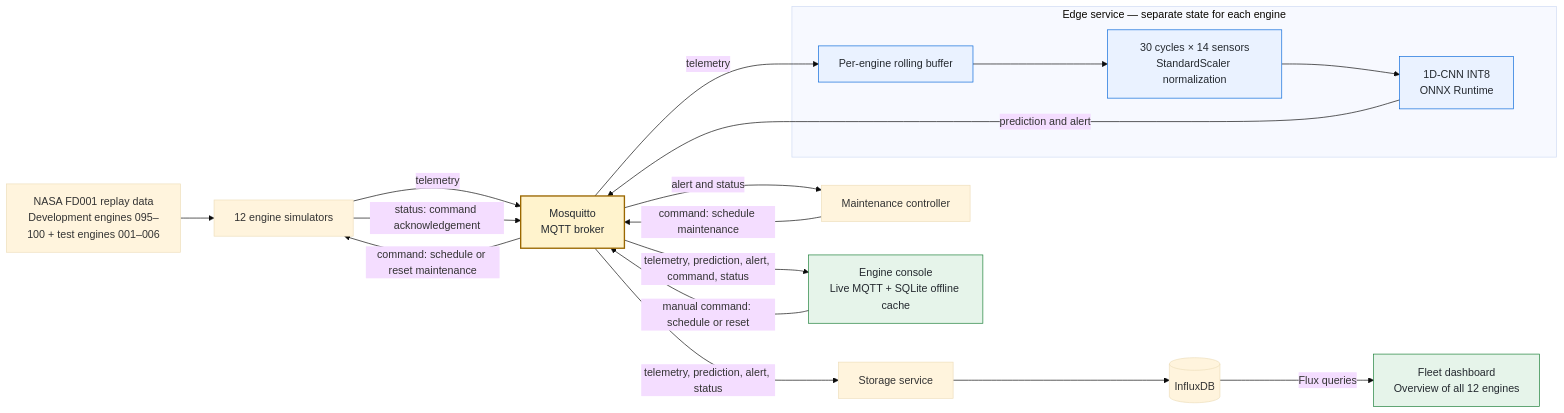
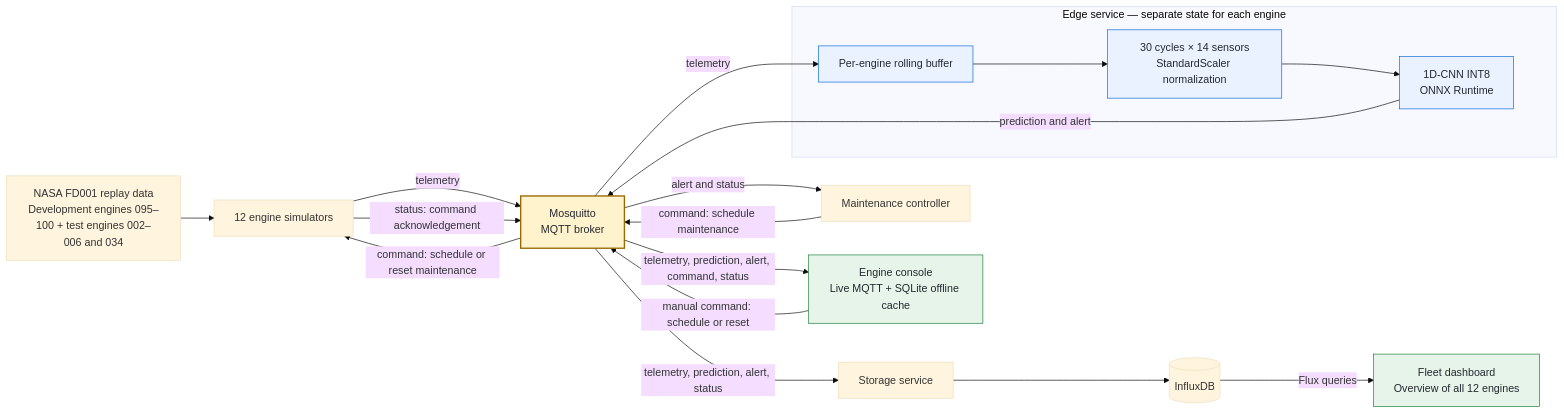
Before and after one commit to HuynhThanhQuan/aeropulse-aiot-predictive-maintenance: the diagram in README.md, drawn with Mermaid (base theme). The commit also changed other lines of this file and 8 other files, not shown here.

Commit message:
Audit test replay RUL and replace engine 001 with near-failure engine 034

````diff
--- a/README.md
+++ b/README.md
@@ -13,31 +13,31 @@
 ```mermaid
 flowchart LR
-    Data["NASA FD001 replay data<br/>Development engines 095–100 + test engines 001–006"] --> Sim["12 engine simulators"]
+    Data["NASA FD001 replay data<br/>Development engines 095–100 + test engines 002–006 and 034"] --> Sim["12 engine simulators"]
     Sim -->|telemetry| Broker["Mosquitto<br/>MQTT broker"]
     Sim -->|status: command acknowledgement| Broker
     Broker -->|command: schedule or reset maintenance| Sim
 
     subgraph EdgeService["Edge service — separate state for each engine"]
         Buffer["Per-engine rolling buffer"] --> Window["30 cycles × 14 sensors<br/>StandardScaler normalization"]
         Window --> CNN["1D-CNN INT8<br/>ONNX Runtime"]
     end
     Broker -->|telemetry| Buffer
     CNN -->|prediction and alert| Broker
 
     Broker -->|alert and status| Controller["Maintenance controller"]
     Controller -->|command: schedule maintenance| Broker
 
     Broker -->|telemetry, prediction, alert, command, status| Console["Engine console<br/>Live MQTT + SQLite offline cache"]
     Console -->|manual command: schedule or reset| Broker
 
     Broker -->|telemetry, prediction, alert, status| Storage["Storage service"]
     Storage --> DB[("InfluxDB")]
     DB -->|Flux queries| Fleet["Fleet dashboard<br/>Overview of all 12 engines"]
 
     classDef broker fill:#fff3cd,stroke:#9a6700,stroke-width:2px,color:#24292f
     classDef inference fill:#eaf2ff,stroke:#0969da,color:#24292f
     classDef view fill:#e6f4ea,stroke:#1a7f37,color:#24292f
     class Broker broker
     class Buffer,Window,CNN inference
     class Console,Fleet view
 ```
````
